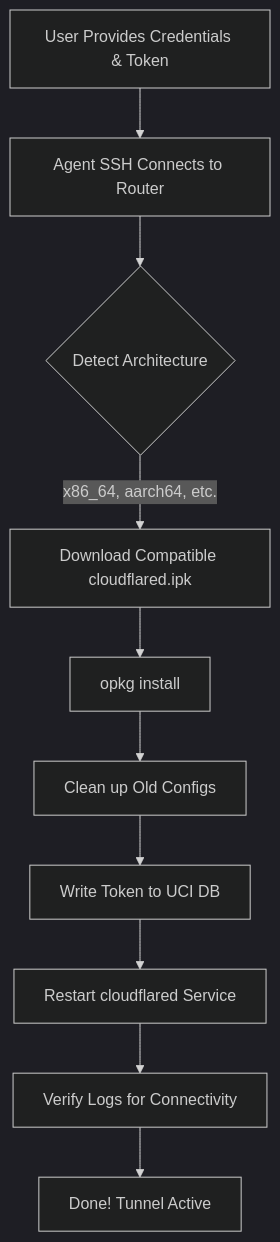
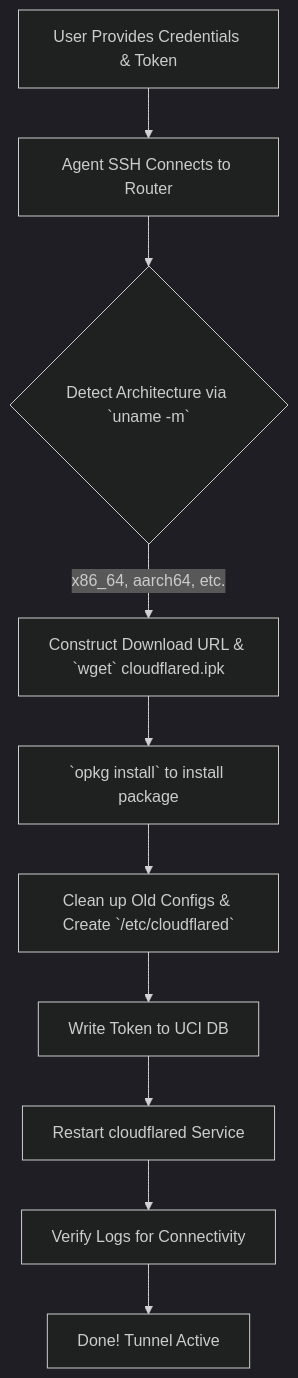
The diagram in README.md (takedwind/cloudflare-tunnel-istoreos-skill), drawn with Mermaid (dark theme) before and after one commit. The commit also changed other lines of this file and 2 other files, not shown here.

Commit message:
docs: clarify dynamic ipk download and opkg install instructions

````diff
--- a/README.md
+++ b/README.md
@@ -9,12 +9,12 @@
 ```mermaid
 graph TD
     A[User Provides Credentials & Token] --> B[Agent SSH Connects to Router]
-    B --> C{Detect Architecture}
-    C -->|x86_64, aarch64, etc.| D[Download Compatible cloudflared.ipk]
-    D --> E[opkg install]
-    E --> F[Clean up Old Configs]
+    B --> C{Detect Architecture via `uname -m`}
+    C -->|x86_64, aarch64, etc.| D[Construct Download URL & `wget` cloudflared.ipk]
+    D --> E[`opkg install` to install package]
+    E --> F[Clean up Old Configs & Create `/etc/cloudflared`]
     F --> G[Write Token to UCI DB]
     G --> H[Restart cloudflared Service]
     H --> I[Verify Logs for Connectivity]
     I --> J[Done! Tunnel Active]
 ```
````
